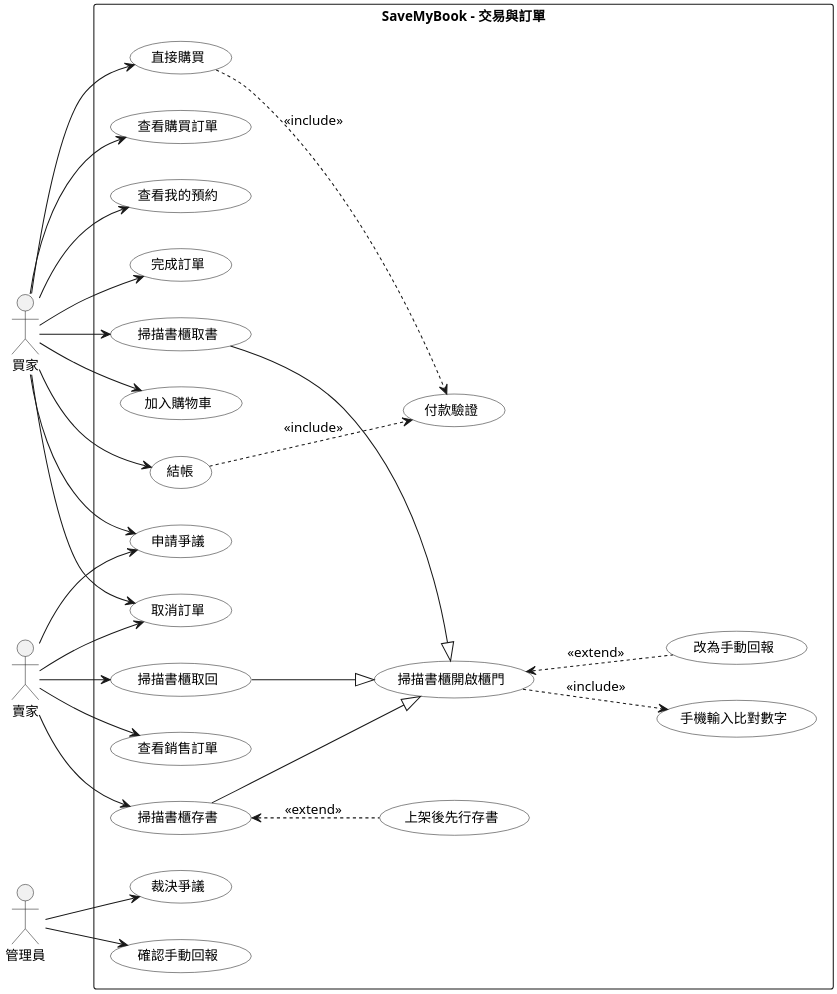
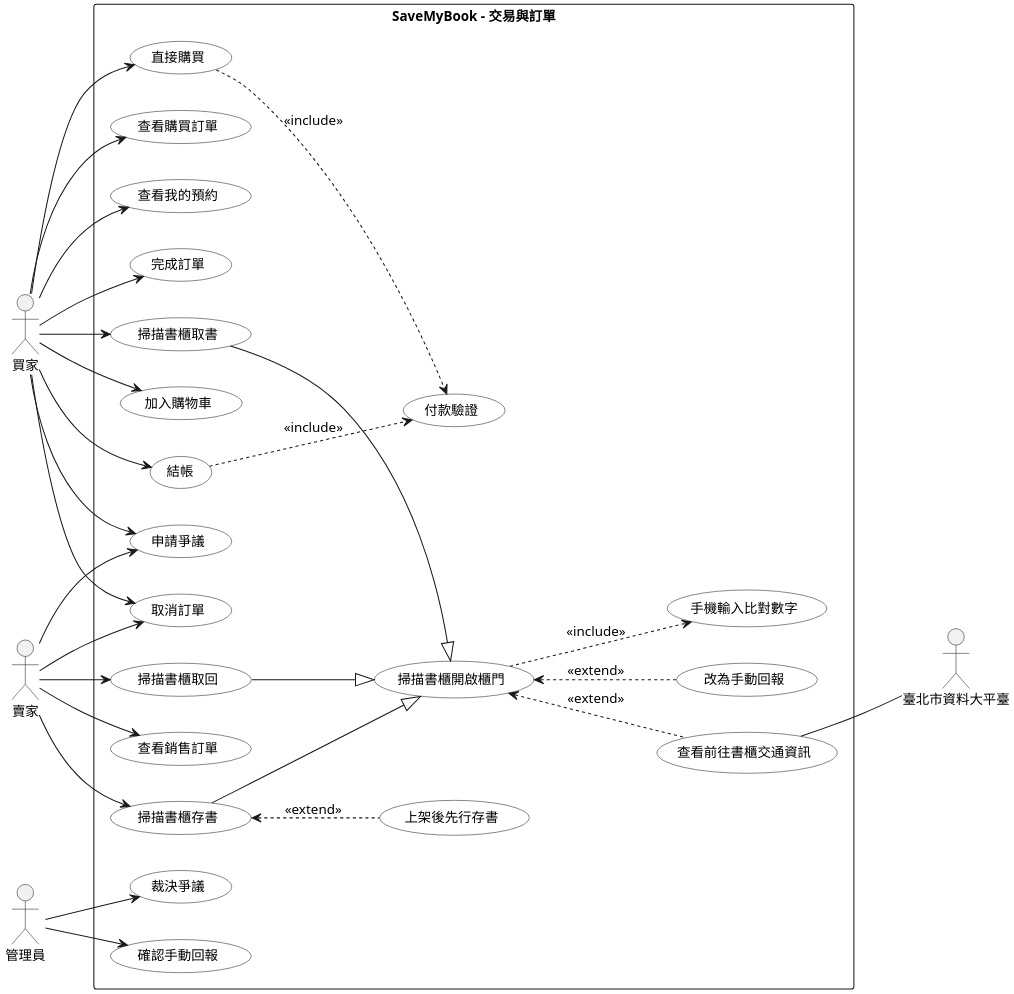
The diagram in documents/系統手冊/產生工具/cabdiag/uc/uc_orders.puml (SaveMyBook/SaveMyBook), drawn with PlantUML before and after one commit. The commit also changed 47 other files, not shown here.

```diff
--- a/documents/系統手冊/產生工具/cabdiag/uc/uc_orders.puml
+++ b/documents/系統手冊/產生工具/cabdiag/uc/uc_orders.puml
@@ -1,62 +1,67 @@
 @startuml
 skinparam monochrome true
 skinparam shadowing false
 skinparam dpi 220
 skinparam defaultFontName "PingFang TC"
 skinparam defaultFontSize 13
 skinparam usecase {
   BackgroundColor white
 }
 left to right direction
 
 actor 買家
 actor 賣家
 actor 管理員
+actor "臺北市資料大平臺" as ODP
 
 rectangle "SaveMyBook - 交易與訂單" {
   usecase "加入購物車" as cart
   usecase "結帳" as checkout
   usecase "直接購買" as buynow
   usecase "付款驗證" as verify
   usecase "查看購買訂單" as history
   usecase "查看我的預約" as myres
   usecase "完成訂單" as complete
   usecase "申請爭議" as dispute
   usecase "取消訂單" as cancel
   usecase "查看銷售訂單" as sales
   usecase "掃描書櫃取書" as pickup
   usecase "掃描書櫃存書" as deposit
   usecase "上架後先行存書" as predeposit
   usecase "掃描書櫃取回" as retrieve
   usecase "掃描書櫃開啟櫃門" as open
   usecase "手機輸入比對數字" as match
   usecase "改為手動回報" as manual
   usecase "裁決爭議" as arbitrate
+  usecase "查看前往書櫃交通資訊" as transit
   usecase "確認手動回報" as confirm
 }
 
 買家 --> cart
 買家 --> checkout
 買家 --> buynow
 買家 --> history
 買家 --> myres
 買家 --> complete
 買家 --> dispute
 買家 --> cancel
 買家 --> pickup
 checkout ..> verify : <<include>>
 buynow ..> verify : <<include>>
 賣家 --> cancel
 賣家 --> dispute
 賣家 --> sales
 賣家 --> retrieve
 賣家 --> deposit
 deposit <.. predeposit : <<extend>>
 pickup --|> open
 deposit --|> open
 retrieve --|> open
 open ..> match : <<include>>
 open <.. manual : <<extend>>
+open <.. transit : <<extend>>
+transit -- ODP
+match -[hidden]- ODP
 管理員 --> arbitrate
 管理員 --> confirm
 @enduml
```
